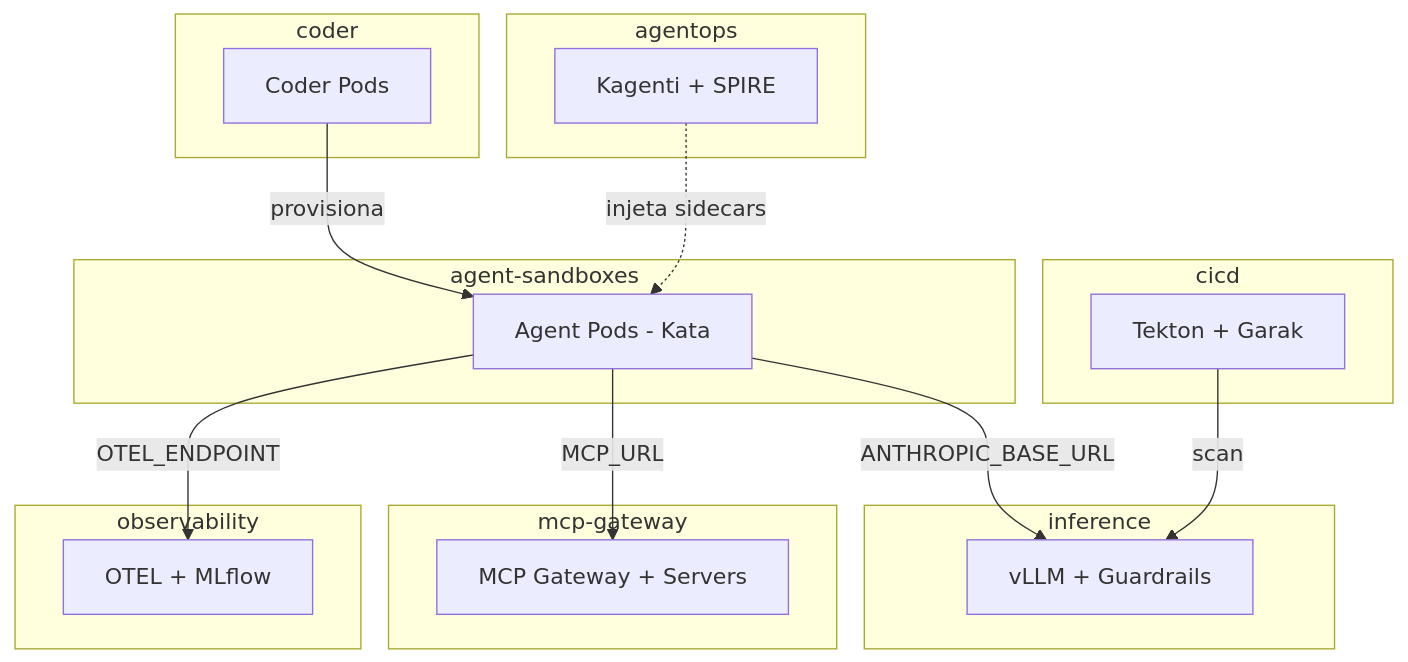
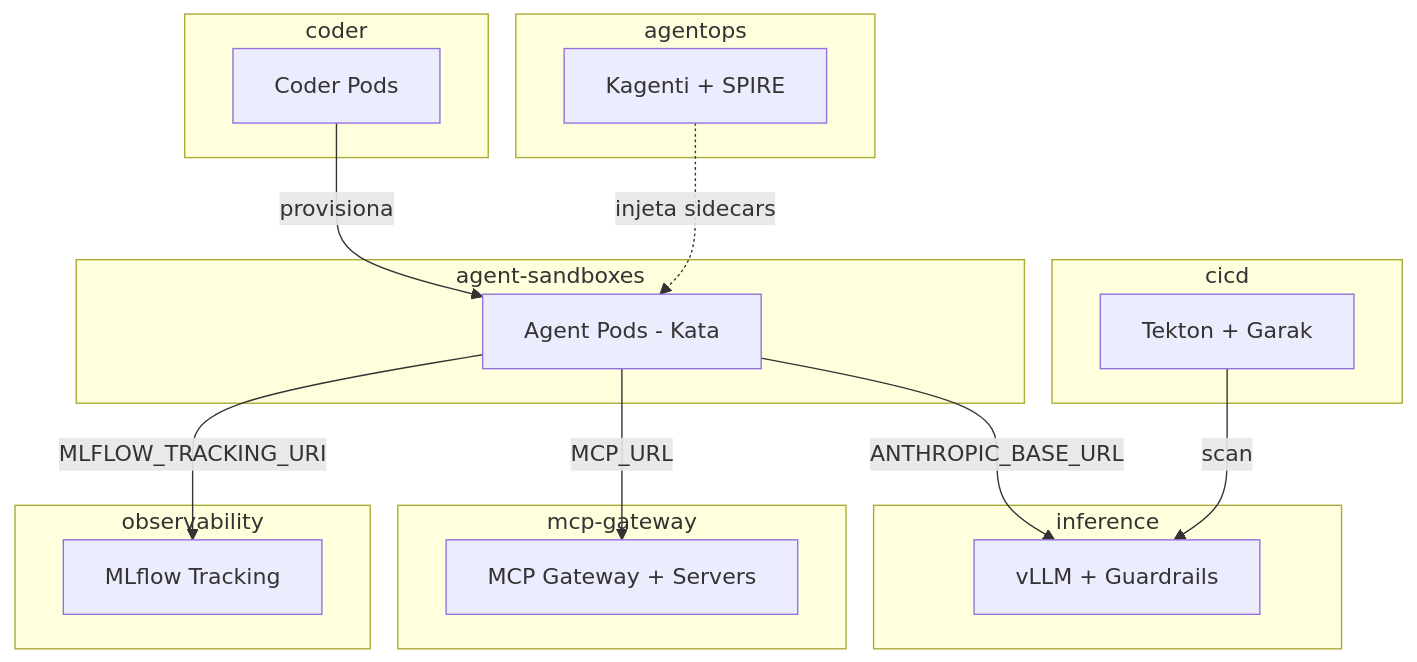
Before and after one commit to gsampaio-rh/claude-code-openshift: the eighth of 8 diagrams in docs/ARCHITECTURE.md, drawn with Mermaid. The commit also changed other lines of this file and 30 other files, not shown here.

First line of the commit message:
Observability sprint: MLflow tracing, simplify from OTEL+Grafana to MLflow-only

````diff
--- a/docs/ARCHITECTURE.md
+++ b/docs/ARCHITECTURE.md
@@ -523,31 +533,31 @@
 ```mermaid
 flowchart TB
     subgraph ns_coder [coder]
         CoderPods[Coder Pods]
     end
     subgraph ns_sandboxes [agent-sandboxes]
         AgentPods[Agent Pods - Kata]
     end
     subgraph ns_inference [inference]
         InferencePods[vLLM + Guardrails]
     end
     subgraph ns_mcp [mcp-gateway]
         MCPPods[MCP Gateway + Servers]
     end
     subgraph ns_observ [observability]
-        ObservPods[OTEL + MLflow]
+        ObservPods[MLflow Tracking]
     end
     subgraph ns_agentops [agentops]
         KagentiPods[Kagenti + SPIRE]
     end
     subgraph ns_cicd [cicd]
         TektonPods[Tekton + Garak]
     end
 
     CoderPods -->|"provisiona"| AgentPods
     AgentPods -->|"ANTHROPIC_BASE_URL"| InferencePods
     AgentPods -->|"MCP_URL"| MCPPods
-    AgentPods -->|"OTEL_ENDPOINT"| ObservPods
+    AgentPods -->|"MLFLOW_TRACKING_URI"| ObservPods
     KagentiPods -.->|"injeta sidecars"| AgentPods
     TektonPods -->|"scan"| InferencePods
 ```
````
